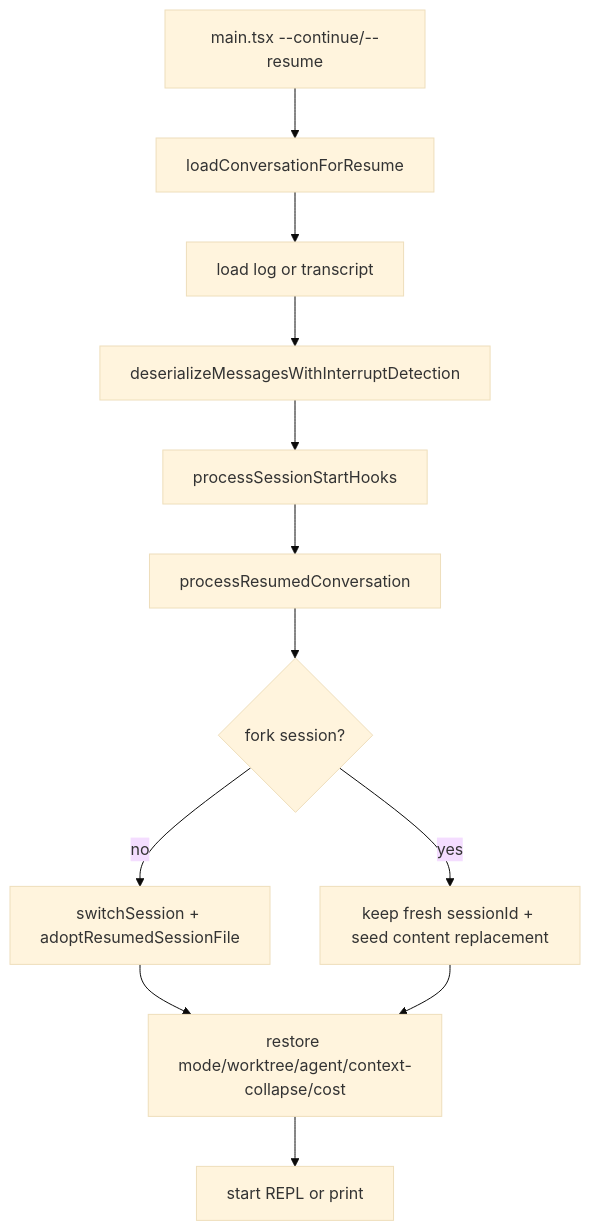
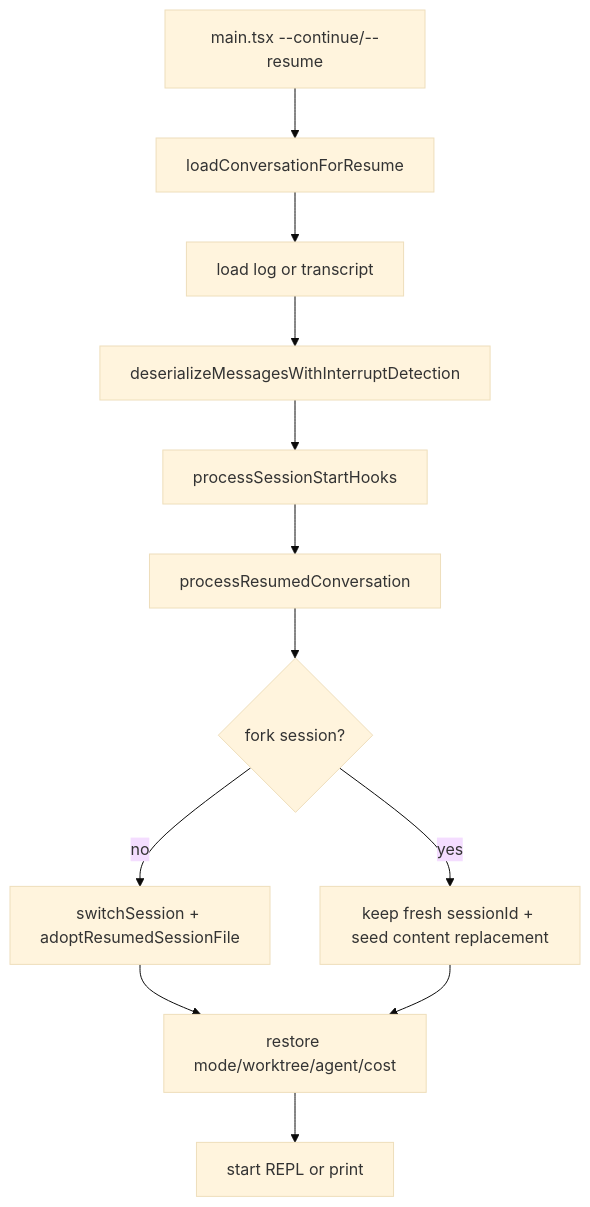
One commit to sweetcornna/open-claude-code changed the fourth of 7 diagrams in docs/internals/session-transcript-persistence.md. Above: the diagram before and after it, drawn with Mermaid (base theme). The commit also changed other lines of this file and 16 other files, not shown here.

First line of the commit message:
docs: correct architecture docs invalidated by the tier-1 deletion

````diff
--- a/docs/internals/session-transcript-persistence.md
+++ b/docs/internals/session-transcript-persistence.md
@@ -358,14 +351,14 @@
 ```mermaid
 flowchart TD
   A[main.tsx --continue/--resume] --> B[loadConversationForResume]
   B --> C[load log or transcript]
   C --> D[deserializeMessagesWithInterruptDetection]
   D --> E[processSessionStartHooks]
   E --> F[processResumedConversation]
   F --> G{fork session?}
   G -- no --> H[switchSession + adoptResumedSessionFile]
   G -- yes --> I[keep fresh sessionId + seed content replacement]
-  H --> J[restore mode/worktree/agent/context-collapse/cost]
+  H --> J[restore mode/worktree/agent/cost]
   I --> J
   J --> K[start REPL or print]
 ```
````
